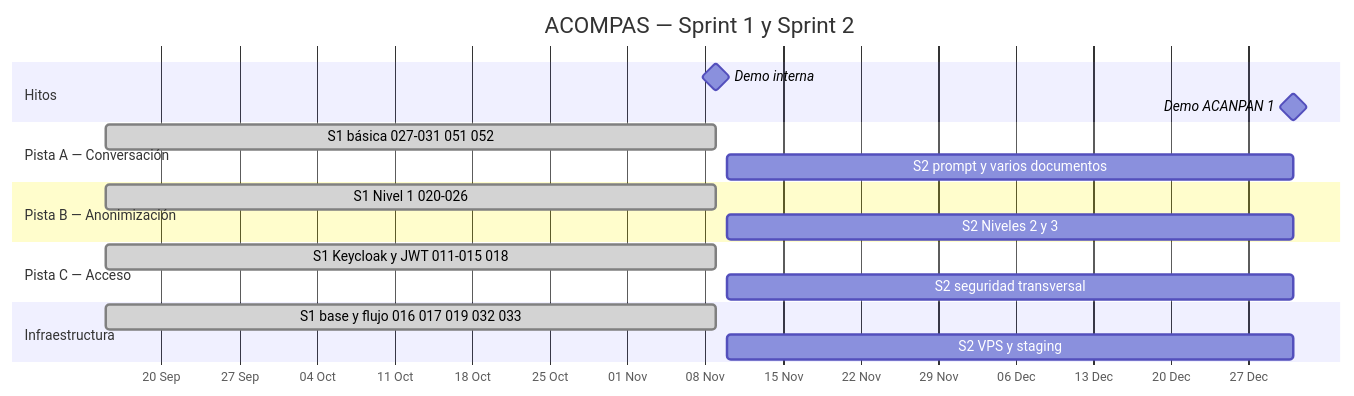
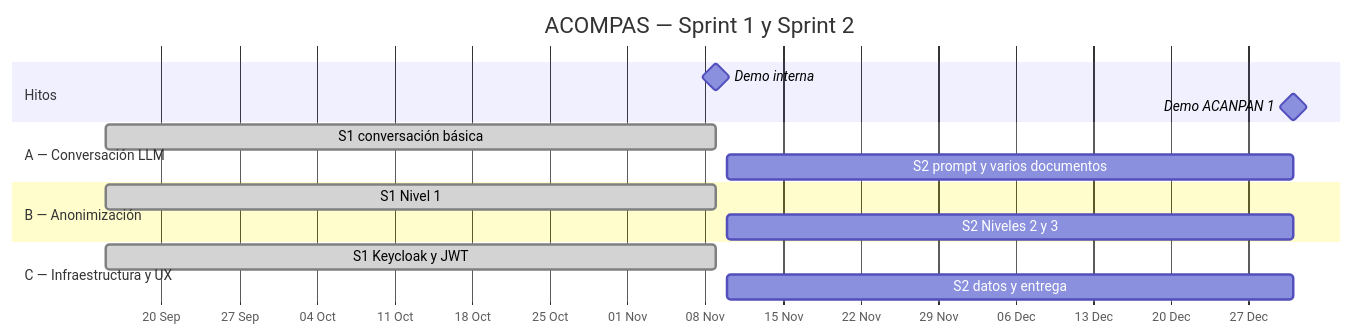
The diagram in docs/roadmap.md (ACOMPAS-IA/acompas), drawn with Mermaid before and after one commit. The commit also changed other lines of this file and 1 other file, not shown here.

First line of the commit message:
Roadmap: sprints, pistas e hitos contra el DO v0.4

````diff
--- a/docs/roadmap.md
+++ b/docs/roadmap.md
@@ -43,27 +54,23 @@
 ```mermaid
 gantt
     title ACOMPAS — Sprint 1 y Sprint 2
     dateFormat YYYY-MM-DD
     axisFormat %d %b
     todayMarker off
 
     section Hitos
     Demo interna            :milestone, h1, 2026-11-09, 0d
     Demo ACANPAN 1          :milestone, h2, 2026-12-31, 0d
 
-    section Pista A — Conversación
-    S1 básica 027-031 051 052   :done, a1, 2026-09-15, 2026-11-09
+    section A — Conversación LLM
+    S1 conversación básica        :done, a1, 2026-09-15, 2026-11-09
     S2 prompt y varios documentos :a2, 2026-11-10, 2026-12-31
 
-    section Pista B — Anonimización
-    S1 Nivel 1 020-026          :done, b1, 2026-09-15, 2026-11-09
-    S2 Niveles 2 y 3            :b2, 2026-11-10, 2026-12-31
+    section B — Anonimización
+    S1 Nivel 1                    :done, b1, 2026-09-15, 2026-11-09
+    S2 Niveles 2 y 3              :b2, 2026-11-10, 2026-12-31
 
-    section Pista C — Acceso
-    S1 Keycloak y JWT 011-015 018 :done, c1, 2026-09-15, 2026-11-09
-    S2 seguridad transversal    :c2, 2026-11-10, 2026-12-31
-
-    section Infraestructura
-    S1 base y flujo 016 017 019 032 033 :done, d1, 2026-09-15, 2026-11-09
-    S2 VPS y staging            :d2, 2026-11-10, 2026-12-31
+    section C — Infraestructura y UX
+    S1 Keycloak y JWT             :done, c1, 2026-09-15, 2026-11-09
+    S2 datos y entrega            :c2, 2026-11-10, 2026-12-31
 ```
````
